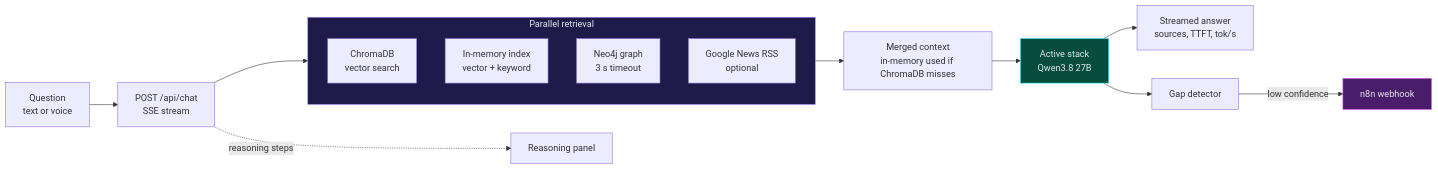
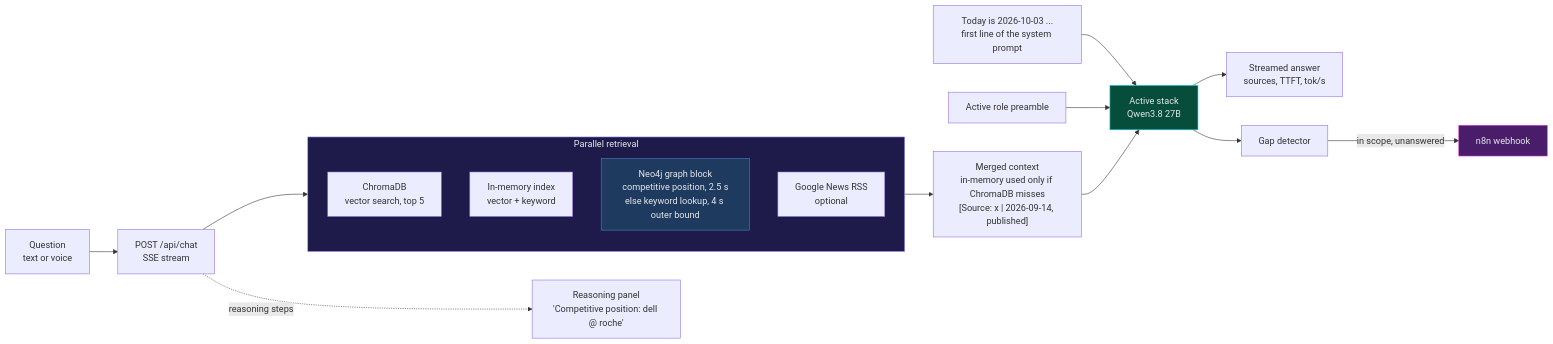
Before and after one commit to sebdallais-git/PharmaIT_Chat_and_Digest: diagram 13 of 23 in README.md, drawn with Mermaid. The commit also changed other lines of this file, not shown here.

````diff
--- a/README.md
+++ b/README.md
@@ -594,24 +790,27 @@
 ```mermaid
 flowchart LR
     U["Question<br/>text or voice"] --> API["POST /api/chat<br/>SSE stream"]
 
     subgraph R["Parallel retrieval"]
         direction TB
-        C["ChromaDB<br/>vector search"]
+        C["ChromaDB<br/>vector search, top 5"]
         M["In-memory index<br/>vector + keyword"]
-        G["Neo4j graph<br/>3 s timeout"]
+        G["Neo4j graph block<br/>competitive position, 2.5 s<br/>else keyword lookup, 4 s outer bound"]
         W["Google News RSS<br/>optional"]
     end
 
     API --> R
-    R --> CTX["Merged context<br/>in-memory used if ChromaDB misses"]
+    R --> CTX["Merged context<br/>in-memory used only if ChromaDB misses<br/>[Source: x | 2026-09-14, published]"]
+    TD["Today is 2026-10-03 ...<br/>first line of the system prompt"] --> LLM
+    ROLE["Active role preamble"] --> LLM
     CTX --> LLM["Active stack<br/>Qwen3.8 27B"]
     LLM --> OUT["Streamed answer<br/>sources, TTFT, tok/s"]
     LLM --> GAP["Gap detector"]
-    GAP -- "low confidence" --> N8N["n8n webhook"]
-    API -. "reasoning steps" .-> UI["Reasoning panel"]
+    GAP -- "in scope, unanswered" --> N8N["n8n webhook"]
+    API -. "reasoning steps" .-> UI["Reasoning panel<br/>'Competitive position: dell @ roche'"]
 
     style R fill:#1e1b4b,stroke:#a78bfa,color:#e5e7eb
     style LLM fill:#064e3b,stroke:#22d3ee,color:#e5e7eb
     style N8N fill:#4a1d6b,stroke:#d946ef,color:#e5e7eb
+    style G fill:#1e3a5f,stroke:#4581C3,color:#e5e7eb
 ```
````
